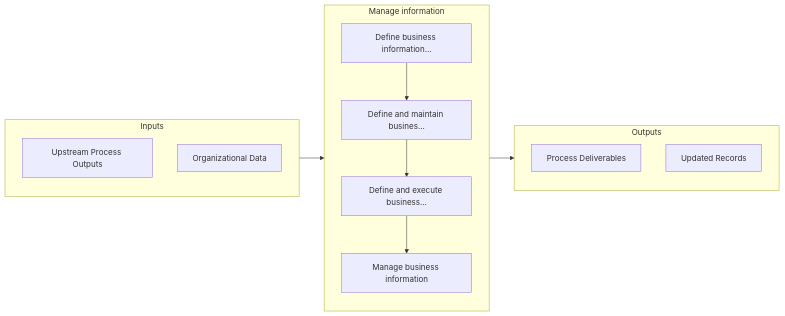
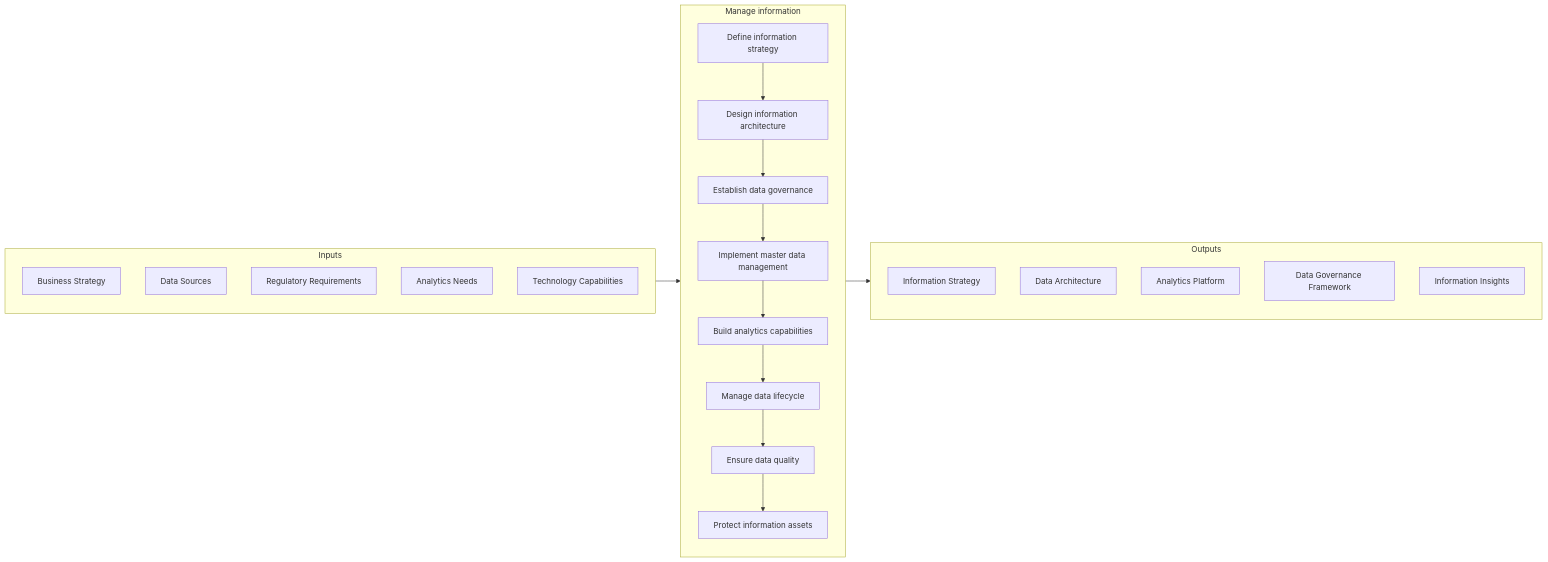
One commit to kziemski/business.org.ai changed the second of 3 diagrams in processes/08-IT/8.4-ManageInformation/index.mdx. Above: the diagram before and after it, drawn with Mermaid. The commit also changed other lines of this file and 67 other files, not shown here.

````diff
--- a/processes/08-IT/8.4-ManageInformation/index.mdx
+++ b/processes/08-IT/8.4-ManageInformation/index.mdx
@@ -61,24 +76,32 @@
 ```mermaid
 flowchart LR
     subgraph Inputs["Inputs"]
-        I1["Upstream Process Outputs"]
-        I2["Organizational Data"]
+        I1["Business Strategy"]
+        I2["Data Sources"]
+        I3["Regulatory Requirements"]
+        I4["Analytics Needs"]
+        I5["Technology Capabilities"]
     end
 
     subgraph Process["Manage information"]
-        S1["Define business information..."]
-        S2["Define and maintain busines..."]
-        S3["Define and execute business..."]
-        S4["Manage business information"]
+        S1["Define information strategy"]
+        S2["Design information architecture"]
+        S3["Establish data governance"]
+        S4["Implement master data management"]
+        S5["Build analytics capabilities"]
+        S6["Manage data lifecycle"]
+        S7["Ensure data quality"]
+        S8["Protect information assets"]
     end
 
     subgraph Outputs["Outputs"]
-        O1["Process Deliverables"]
-        O2["Updated Records"]
+        O1["Information Strategy"]
+        O2["Data Architecture"]
+        O3["Analytics Platform"]
+        O4["Data Governance Framework"]
+        O5["Information Insights"]
     end
 
     Inputs --> Process --> Outputs
-    S1 --> S2
-    S2 --> S3
-    S3 --> S4
+    S1 --> S2 --> S3 --> S4 --> S5 --> S6 --> S7 --> S8
 ```
````
